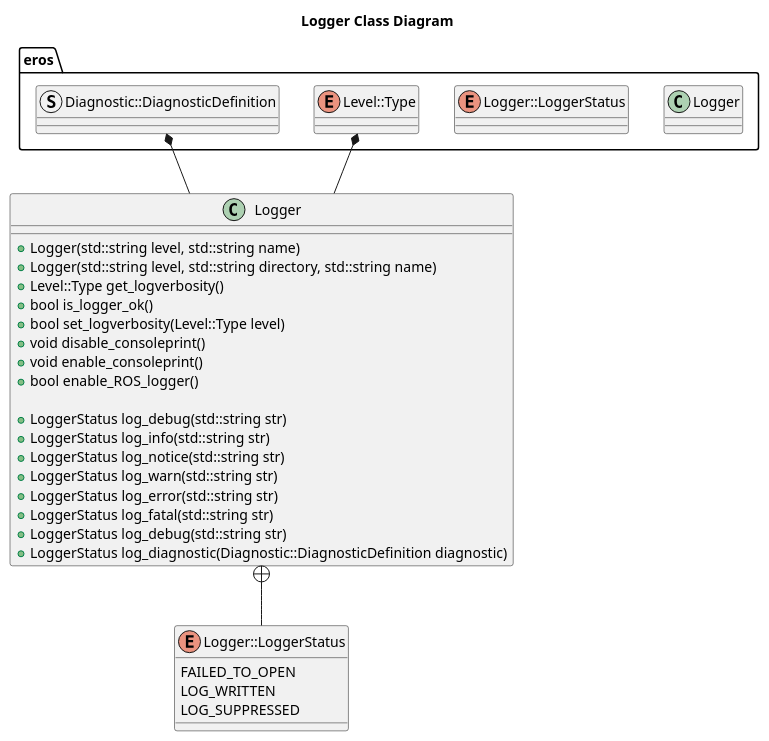
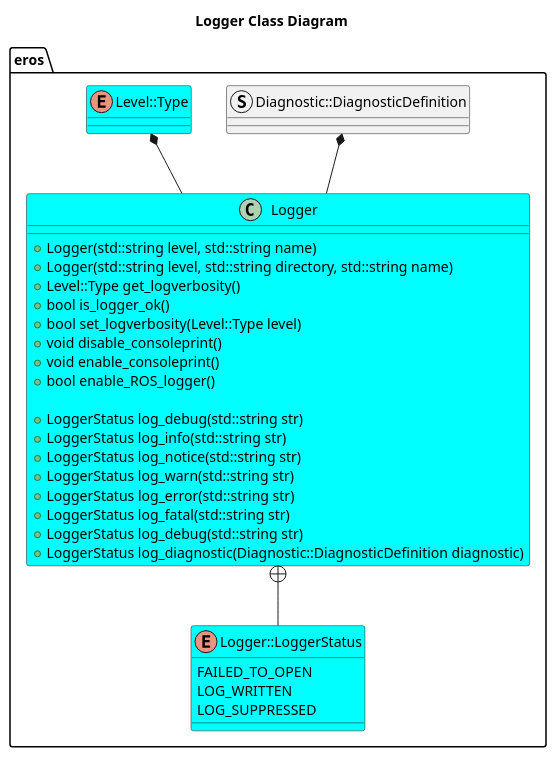
The diagram in include/eros/doc/LoggerClassDiagram.puml (dgitz/eros), drawn with PlantUML before and after one commit. The commit also changed 10 other files, not shown here.

```diff
--- a/include/eros/doc/LoggerClassDiagram.puml
+++ b/include/eros/doc/LoggerClassDiagram.puml
@@ -1,37 +1,37 @@
 @startuml
 title Logger Class Diagram
 package eros {
-    class Logger
-    enum Logger::LoggerStatus
-    enum Level::Type
-    struct Diagnostic::DiagnosticDefinition
-}
-class Logger {
+enum Logger::LoggerStatus
+
+struct Diagnostic::DiagnosticDefinition
+class Logger #Cyan {
     +Logger(std::string level, std::string name)
     +Logger(std::string level, std::string directory, std::string name)
     +Level::Type get_logverbosity()
     +bool is_logger_ok()
     +bool set_logverbosity(Level::Type level)
     +void disable_consoleprint()
     +void enable_consoleprint()
     +bool enable_ROS_logger()
 
     +LoggerStatus log_debug(std::string str)
     +LoggerStatus log_info(std::string str)
     +LoggerStatus log_notice(std::string str)
     +LoggerStatus log_warn(std::string str)
     +LoggerStatus log_error(std::string str)
     +LoggerStatus log_fatal(std::string str)
     +LoggerStatus log_debug(std::string str)
     +LoggerStatus log_diagnostic(Diagnostic::DiagnosticDefinition diagnostic)   
 
 }
-enum Logger::LoggerStatus {
+enum Level::Type #Cyan
+enum Logger::LoggerStatus #Cyan {
     FAILED_TO_OPEN
     LOG_WRITTEN
     LOG_SUPPRESSED
 }
 Logger +-- Logger::LoggerStatus
 Level::Type *-- Logger
 Diagnostic::DiagnosticDefinition *-- Logger
+}
 @enduml
```
